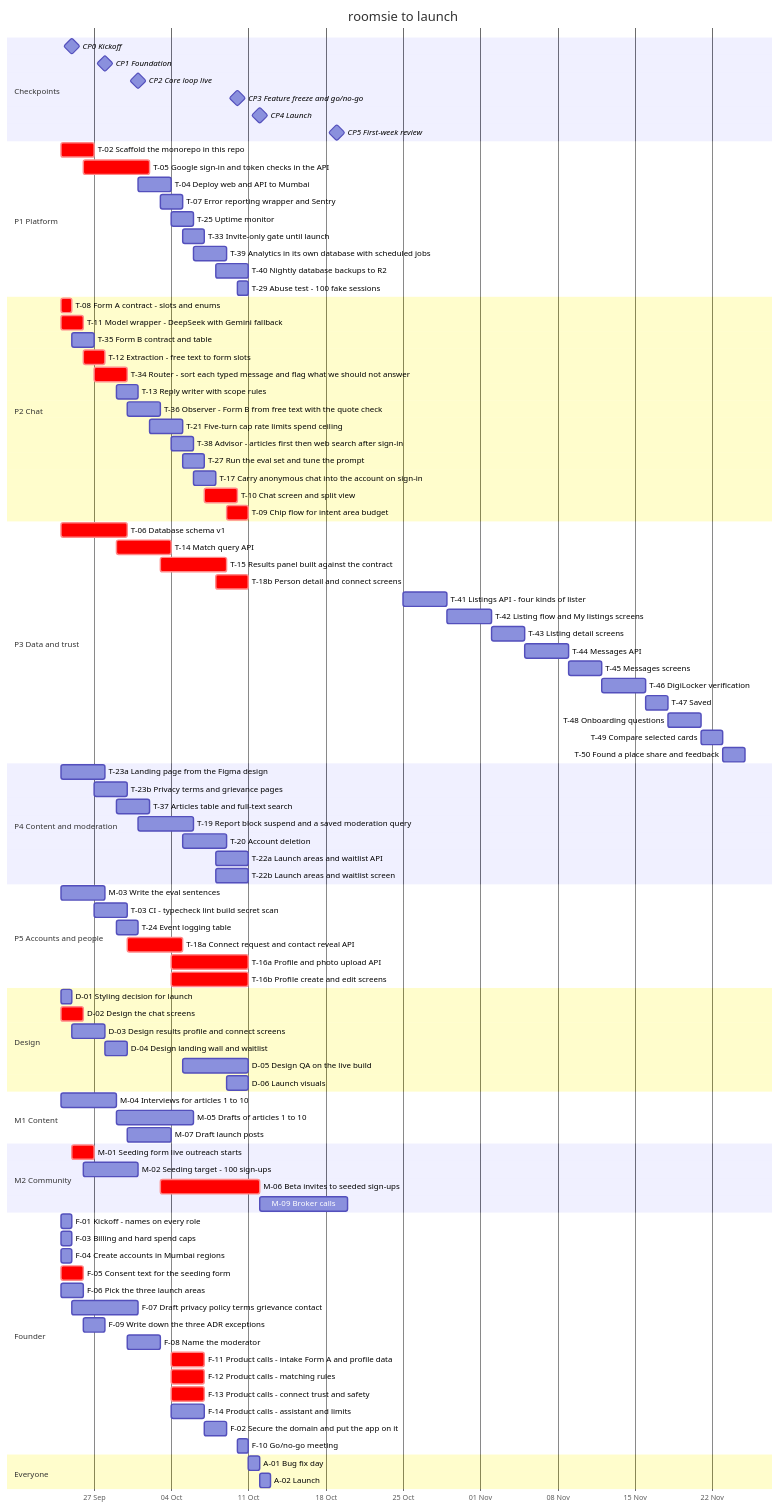
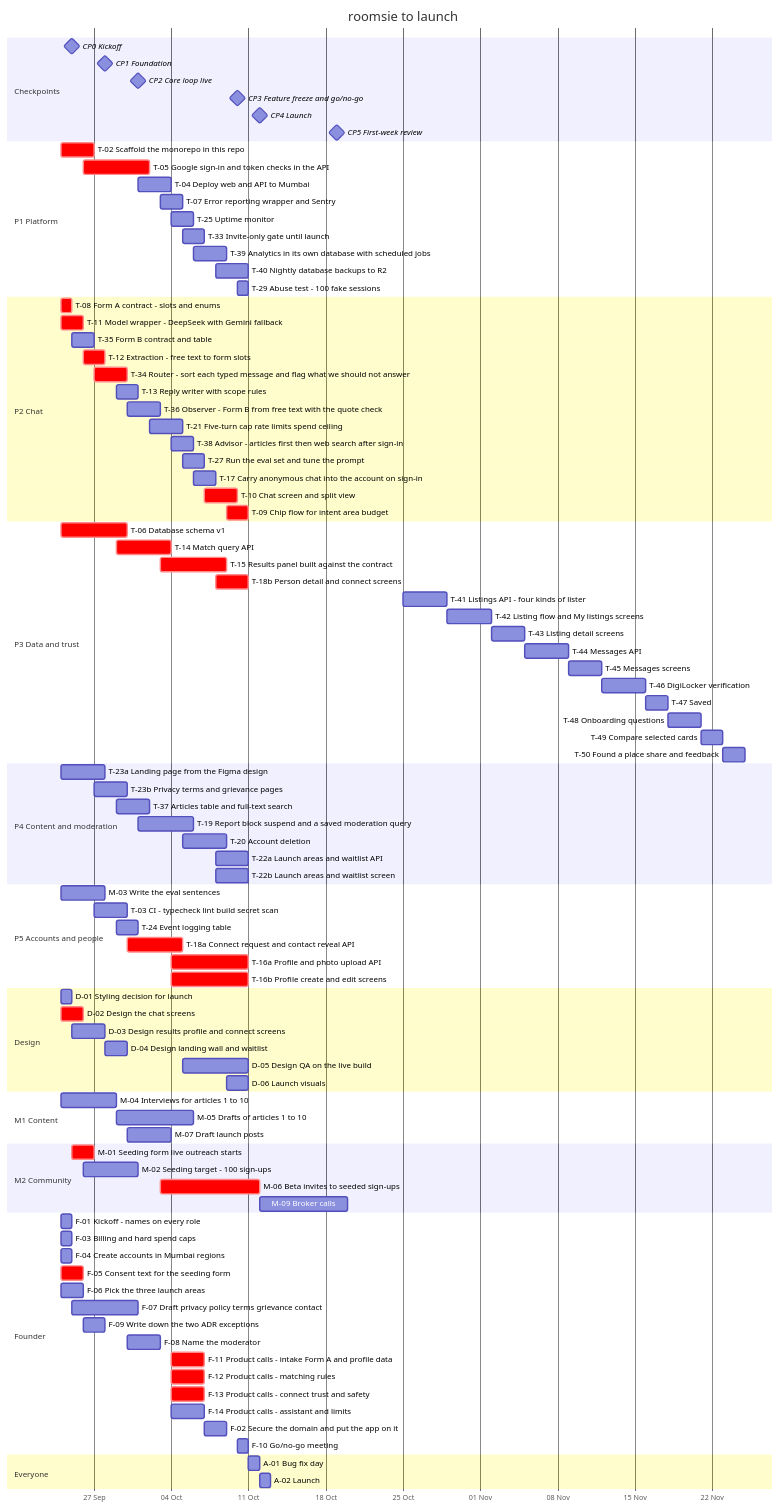
Before and after one commit to magentawood/roomsie: the diagram in docs/team-plan.md, drawn with Mermaid. The commit also changed other lines of this file and 16 other files, not shown here.

```diff
--- a/docs/team-plan.md
+++ b/docs/team-plan.md
@@ -391,7 +391,7 @@
     F-05 Consent text for the seeding form :crit, f05, 2026-09-24, 2d
     F-06 Pick the three launch areas :f06, 2026-09-24, 2d
     F-07 Draft privacy policy terms grievance contact :f07, 2026-09-25, 6d
-    F-09 Write down the three ADR exceptions :f09, 2026-09-26, 2d
+    F-09 Write down the two ADR exceptions :f09, 2026-09-26, 2d
     F-08 Name the moderator :f08, 2026-09-30, 3d
     F-11 Product calls - intake Form A and profile data :crit, f11, 2026-10-04, 3d
     F-12 Product calls - matching rules :crit, f12, 2026-10-04, 3d
```
